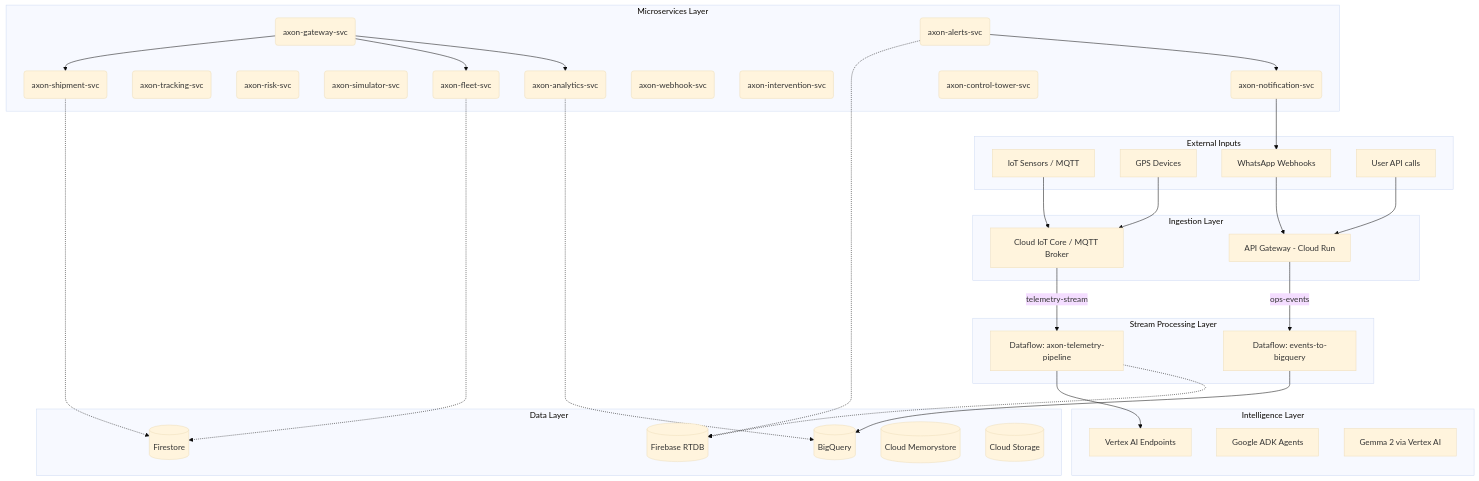
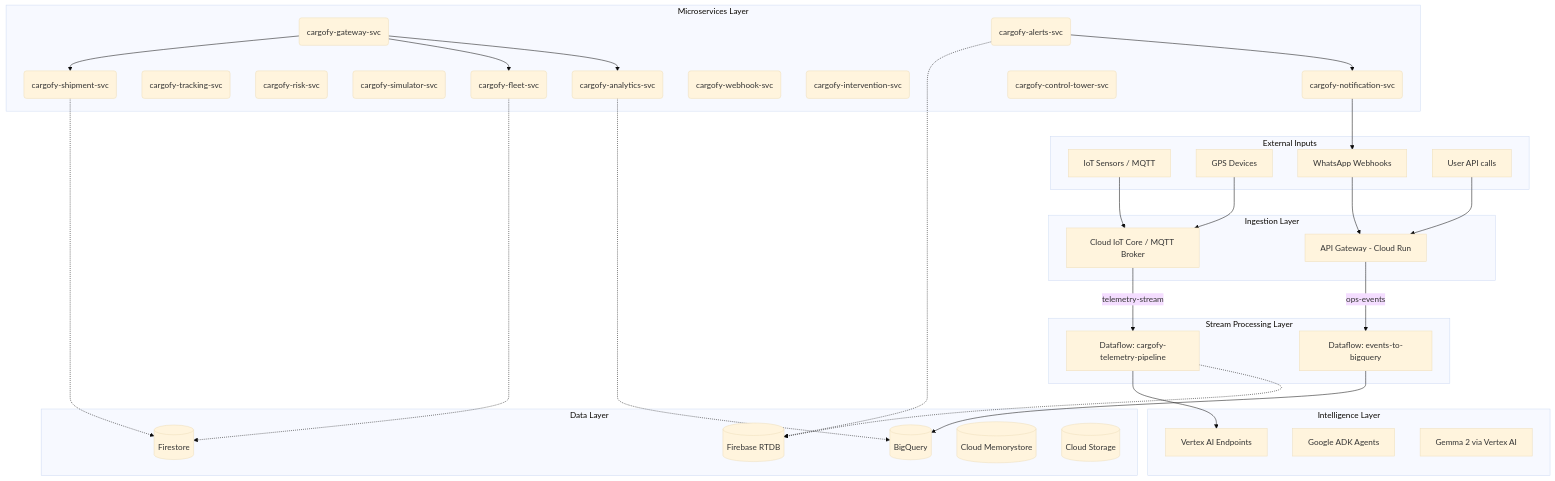
One commit to Afuu-coder/Cargofy changed the diagram in docs/cargofy_architecture.md. Above: the diagram before and after it, drawn with Mermaid (base theme). The commit also changed other lines of this file and 64 other files, not shown here.

````diff
--- a/docs/cargofy_architecture.md
+++ b/docs/cargofy_architecture.md
@@ -10,73 +10,73 @@
 ```mermaid
 flowchart TD
     subgraph External Inputs
         IoT[IoT Sensors / MQTT]
         GPS[GPS Devices]
         WA[WhatsApp Webhooks]
         API[User API calls]
     end
 
     subgraph Ingestion Layer
         IoTBroker[Cloud IoT Core / MQTT Broker]
         Gateway[API Gateway - Cloud Run]
     end
 
     subgraph Stream Processing Layer
-        DFTelemetry[Dataflow: axon-telemetry-pipeline]
+        DFTelemetry[Dataflow: cargofy-telemetry-pipeline]
         DFEvents[Dataflow: events-to-bigquery]
     end
 
     subgraph Intelligence Layer
         VertexModels[Vertex AI Endpoints]
         ADKAgents[Google ADK Agents]
         Gemma[Gemma 2 via Vertex AI]
     end
 
     subgraph Microservices Layer
-        GatewaySVC(axon-gateway-svc)
-        ShipmentSVC(axon-shipment-svc)
-        TrackingSVC(axon-tracking-svc)
-        RiskSVC(axon-risk-svc)
-        AlertsSVC(axon-alerts-svc)
-        SimulatorSVC(axon-simulator-svc)
-        AnalyticsSVC(axon-analytics-svc)
-        FleetSVC(axon-fleet-svc)
-        WebhookSVC(axon-webhook-svc)
-        InterventionSVC(axon-intervention-svc)
-        NotificationSVC(axon-notification-svc)
-        ControlTowerSVC(axon-control-tower-svc)
+        GatewaySVC(cargofy-gateway-svc)
+        ShipmentSVC(cargofy-shipment-svc)
+        TrackingSVC(cargofy-tracking-svc)
+        RiskSVC(cargofy-risk-svc)
+        AlertsSVC(cargofy-alerts-svc)
+        SimulatorSVC(cargofy-simulator-svc)
+        AnalyticsSVC(cargofy-analytics-svc)
+        FleetSVC(cargofy-fleet-svc)
+        WebhookSVC(cargofy-webhook-svc)
+        InterventionSVC(cargofy-intervention-svc)
+        NotificationSVC(cargofy-notification-svc)
+        ControlTowerSVC(cargofy-control-tower-svc)
     end
 
     subgraph Data Layer
         RTDB[(Firebase RTDB)]
         Firestore[(Firestore)]
         BQ[(BigQuery)]
         Redis[(Cloud Memorystore)]
         GCS[(Cloud Storage)]
     end
 
     IoT --> IoTBroker
     GPS --> IoTBroker
     WA --> Gateway
     API --> Gateway
 
     IoTBroker -->|telemetry-stream| DFTelemetry
     Gateway -->|ops-events| DFEvents
 
     DFTelemetry --> VertexModels
     DFEvents --> BQ
 
     GatewaySVC --> ShipmentSVC
     GatewaySVC --> FleetSVC
     GatewaySVC --> AnalyticsSVC
     
     ShipmentSVC -.-> Firestore
     FleetSVC -.-> Firestore
     AnalyticsSVC -.-> BQ
 
     DFTelemetry -.-> RTDB
     AlertsSVC -.-> RTDB
     
     AlertsSVC --> NotificationSVC
     NotificationSVC --> WA
 ```
````
